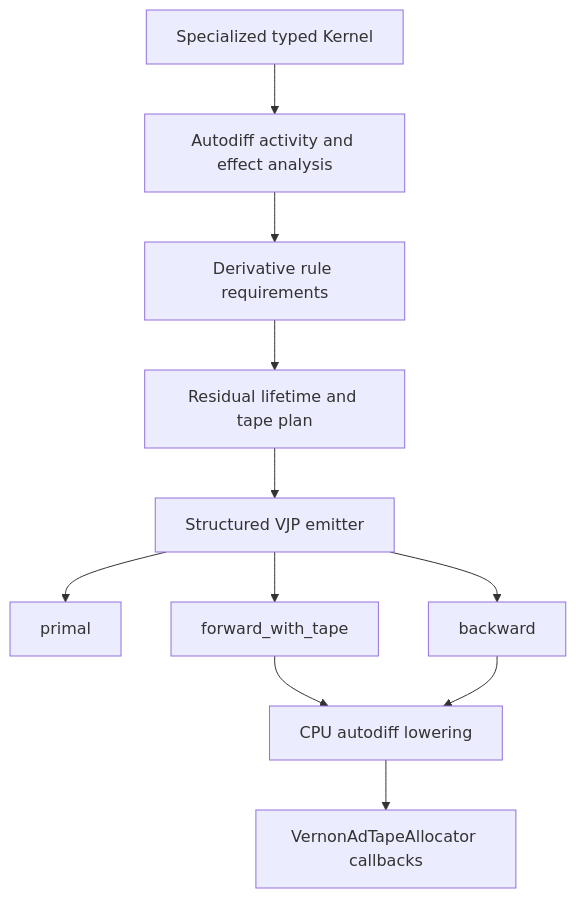
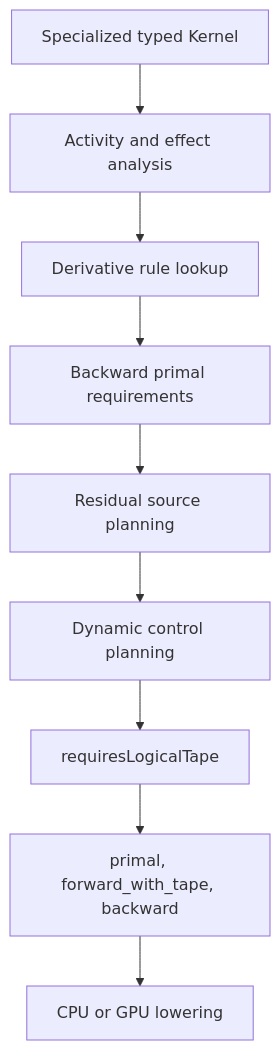
Before and after one commit to morphling666/VernonDSL: the second of 4 diagrams in specs/autodiff_tutorial.md, drawn with Mermaid. The commit also changed other lines of this file and 109 other files, not shown here.

````diff
--- a/specs/autodiff_tutorial.md
+++ b/specs/autodiff_tutorial.md
@@ -206,13 +637,11 @@
 ```mermaid
 flowchart TB
-    Input["Specialized typed Kernel"] --> Analysis["Autodiff activity and effect analysis"]
-    Analysis --> Rules["Derivative rule requirements"]
-    Rules --> TapePlan["Residual lifetime and tape plan"]
-    TapePlan --> VjpEmit["Structured VJP emitter"]
-    VjpEmit --> Primal["primal"]
-    VjpEmit --> Forward["forward_with_tape"]
-    VjpEmit --> Backward["backward"]
-    Forward --> CpuLowering["CPU autodiff lowering"]
-    Backward --> CpuLowering
-    CpuLowering --> AllocatorAbi["VernonAdTapeAllocator callbacks"]
+    TypedKernel["Specialized typed Kernel"] --> Activity["Activity and effect analysis"]
+    Activity --> Rules["Derivative rule lookup"]
+    Rules --> Requirements["Backward primal requirements"]
+    Requirements --> SourcePlan["Residual source planning"]
+    SourcePlan --> ControlPlan["Dynamic control planning"]
+    ControlPlan --> TapeDecision["requiresLogicalTape"]
+    TapeDecision --> Profiles["primal, forward_with_tape, backward"]
+    Profiles --> Lowering["CPU or GPU lowering"]
 ```
````
